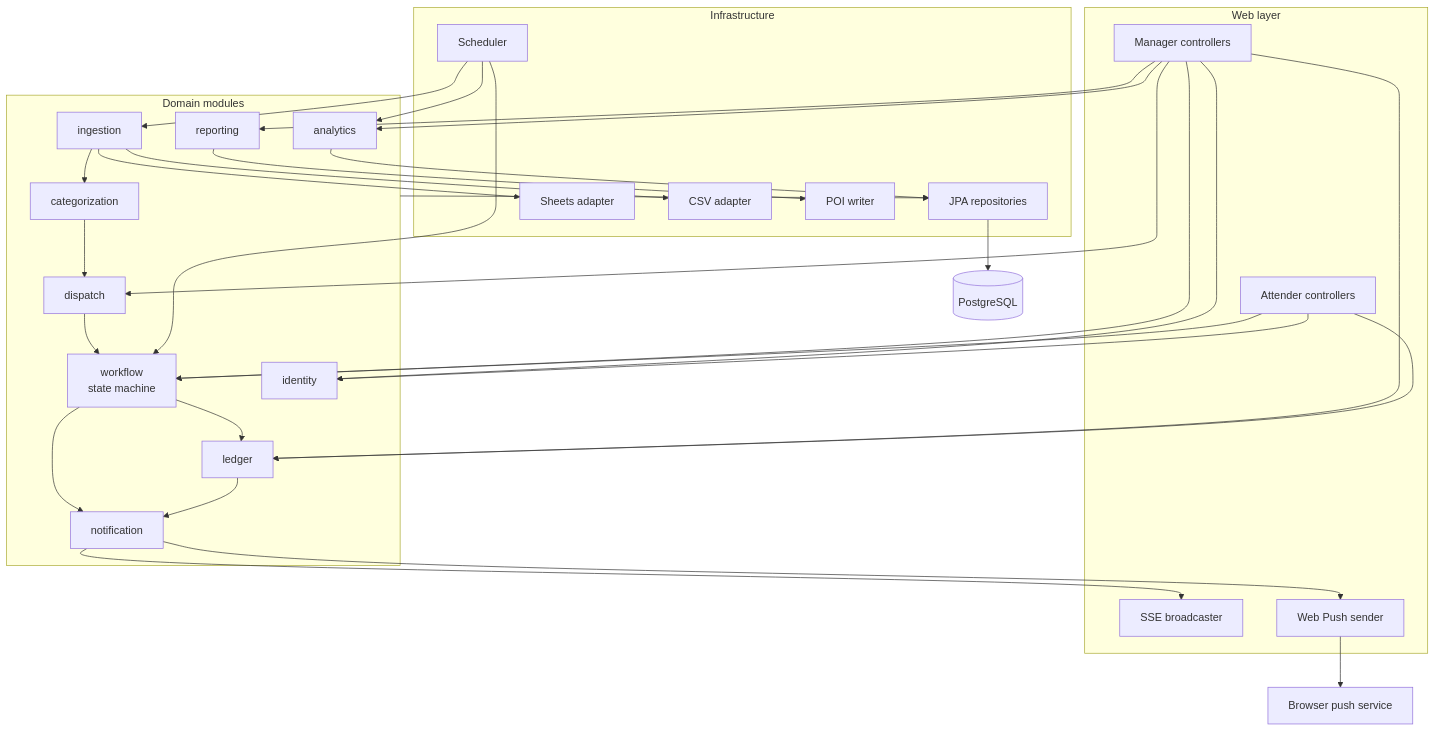
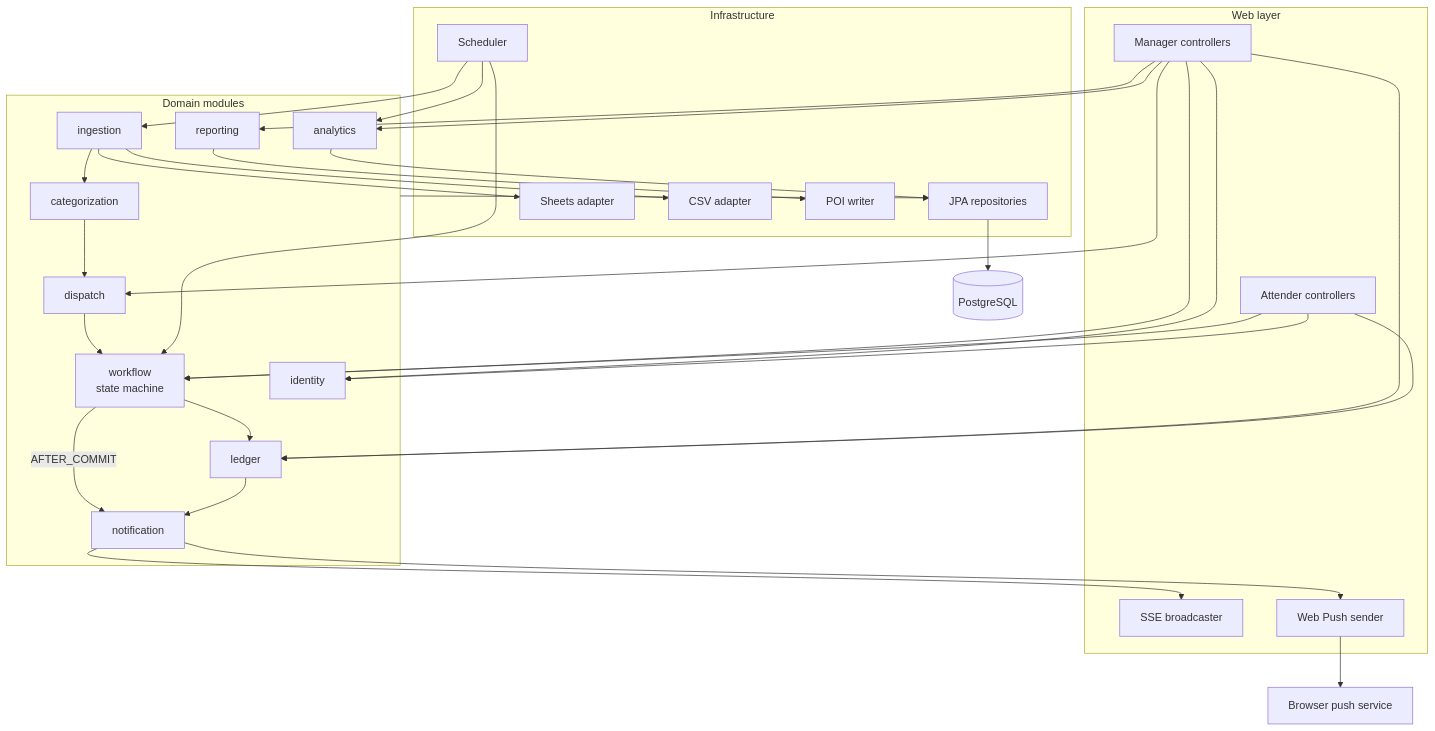
Before and after one commit to ajoymathew07/hostel-attender-tracking-system: the second of 4 diagrams in docs/design/02-architecture.md, drawn with Mermaid. The commit also changed other lines of this file and 14 other files, not shown here.

````diff
--- a/docs/design/02-architecture.md
+++ b/docs/design/02-architecture.md
@@ -49,42 +49,42 @@
 ```mermaid
 graph TD
     subgraph WEB["Web layer"]
         MC[Manager controllers]
         AC[Attender controllers]
         SSE[SSE broadcaster]
         PUSH[Web Push sender]
     end
 
     subgraph CORE["Domain modules"]
         ING[ingestion]
         CAT[categorization]
         DIS[dispatch]
         WF[workflow<br/>state machine]
         LED[ledger]
         ANA[analytics]
         NOT[notification]
         RPT[reporting]
         IAM[identity]
     end
 
     subgraph INFRA["Infrastructure"]
         REPO[JPA repositories]
         SHEETS[Sheets adapter]
         CSVA[CSV adapter]
         POI[POI writer]
         SCHED[Scheduler]
     end
 
     MC --> WF & DIS & LED & ANA & RPT & IAM
     AC --> WF & LED & IAM
     ING --> CAT --> DIS --> WF
     WF --> LED
-    WF --> NOT --> SSE
+    WF -->|AFTER_COMMIT| NOT --> SSE
     NOT --> PUSH --> WPS[Browser push service]
     LED --> NOT
     ANA --> REPO
     RPT --> POI
     ING --> SHEETS & CSVA
     SCHED --> ING & ANA & WF
     CORE --> REPO --> PG[(PostgreSQL)]
 ```
````
